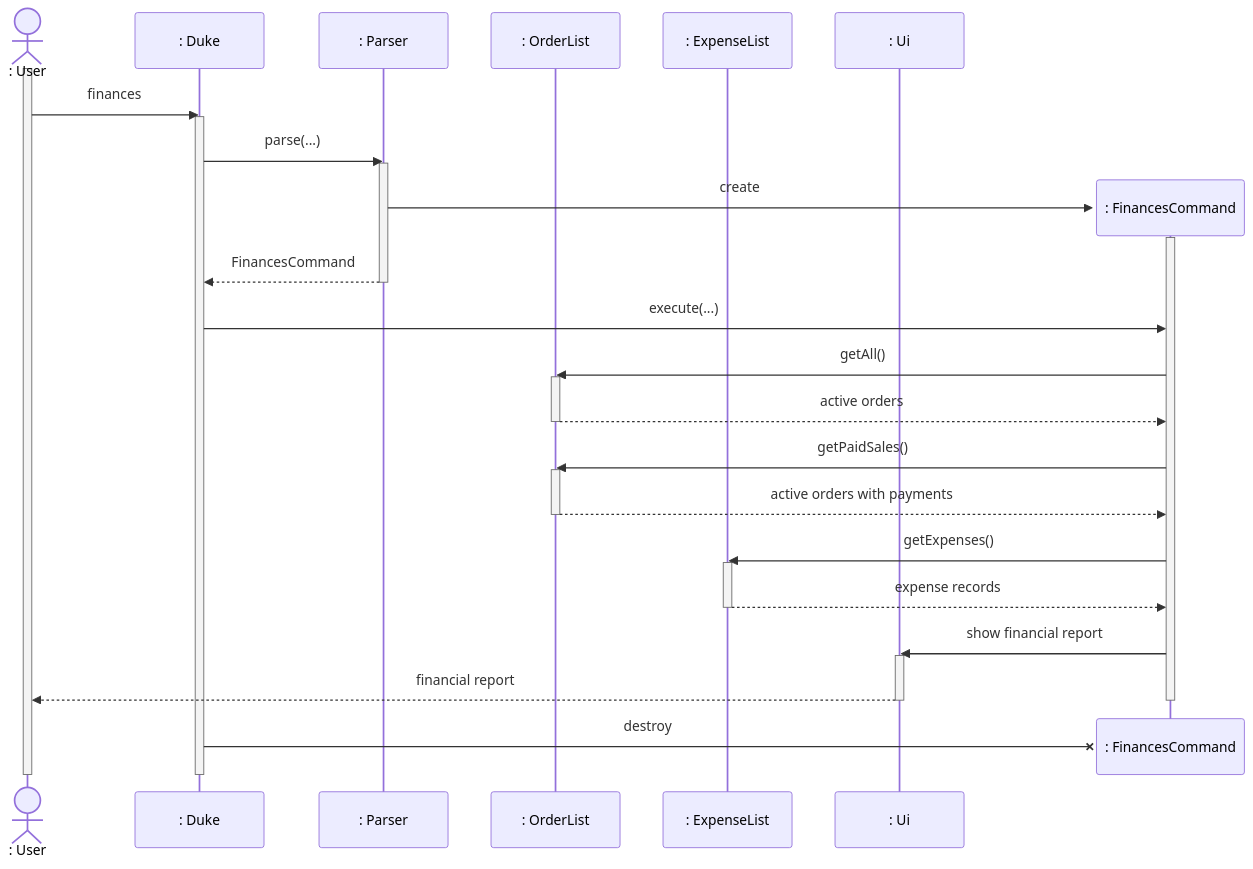
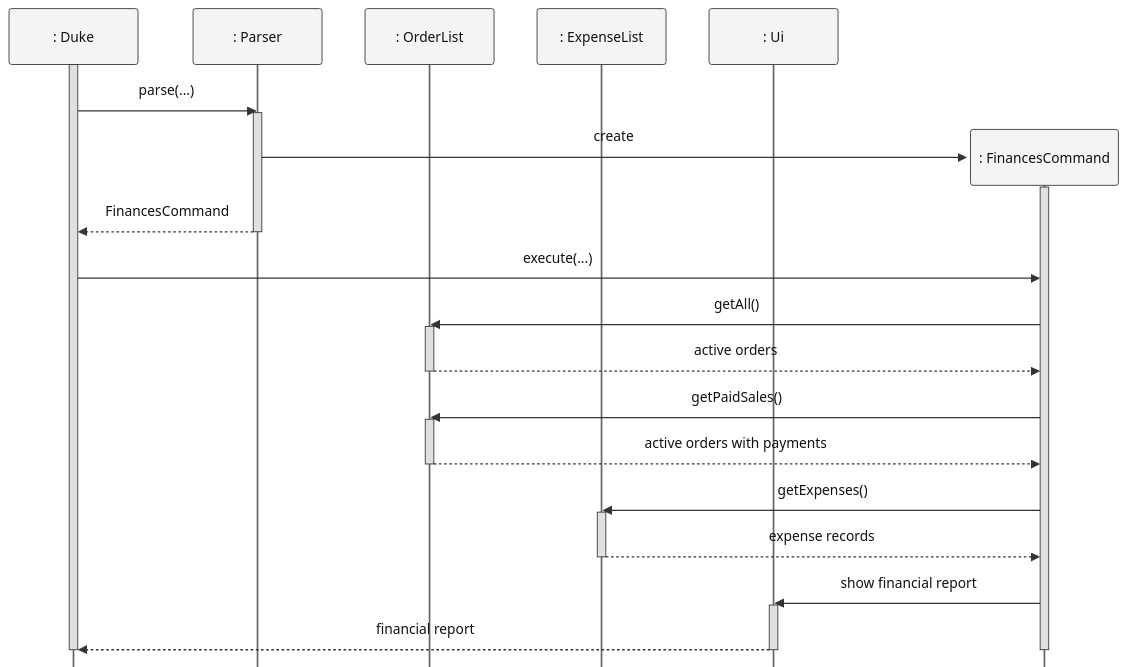
Before and after one commit to AY2627S1-CS2113-T11-1/tp: the diagram in docs/diagrams/finances.mmd, drawn with Mermaid. The commit also changed 7 other files, not shown here.

First line of the commit message:
docs: standardize expense sequence diagrams

```diff
--- a/docs/diagrams/finances.mmd
+++ b/docs/diagrams/finances.mmd
@@ -1,40 +1,35 @@
-%%{init: {"themeVariables": {"fontSize": "20px"}}}%%
+%%{init: {"sequence": {"mirrorActors": false}, "themeCSS": ".actor-line { stroke-dasharray: 4 4; }", "themeVariables": {"fontSize": "20px", "actorBkg": "#f4f4f4", "actorBorder": "#333333", "actorTextColor": "#111111", "actorLineColor": "#666666", "signalColor": "#333333", "signalTextColor": "#111111", "activationBkgColor": "#e0e0e0", "activationBorderColor": "#333333"}}}%%
 sequenceDiagram
-    actor User as : User
     participant D as : Duke
     participant P as : Parser
     participant O as : OrderList
     participant E as : ExpenseList
     participant U as : Ui
-    activate User
-    User->>D: finances
     activate D
     D->>P: parse(...)
     activate P
     create participant C as : FinancesCommand
     P->>C: create
     activate C
     P-->>D: FinancesCommand
     deactivate P
     D->>C: execute(...)
     C->>O: getAll()
     activate O
     O-->>C: active orders
     deactivate O
     C->>O: getPaidSales()
     activate O
     O-->>C: active orders with payments
     deactivate O
     C->>E: getExpenses()
     activate E
     E-->>C: expense records
     deactivate E
     C->>U: show financial report
     activate U
-    U-->>User: financial report
+    U-->>D: financial report
     deactivate U
     deactivate C
     destroy C
-    D-xC: destroy
     deactivate D
-    deactivate User
```
